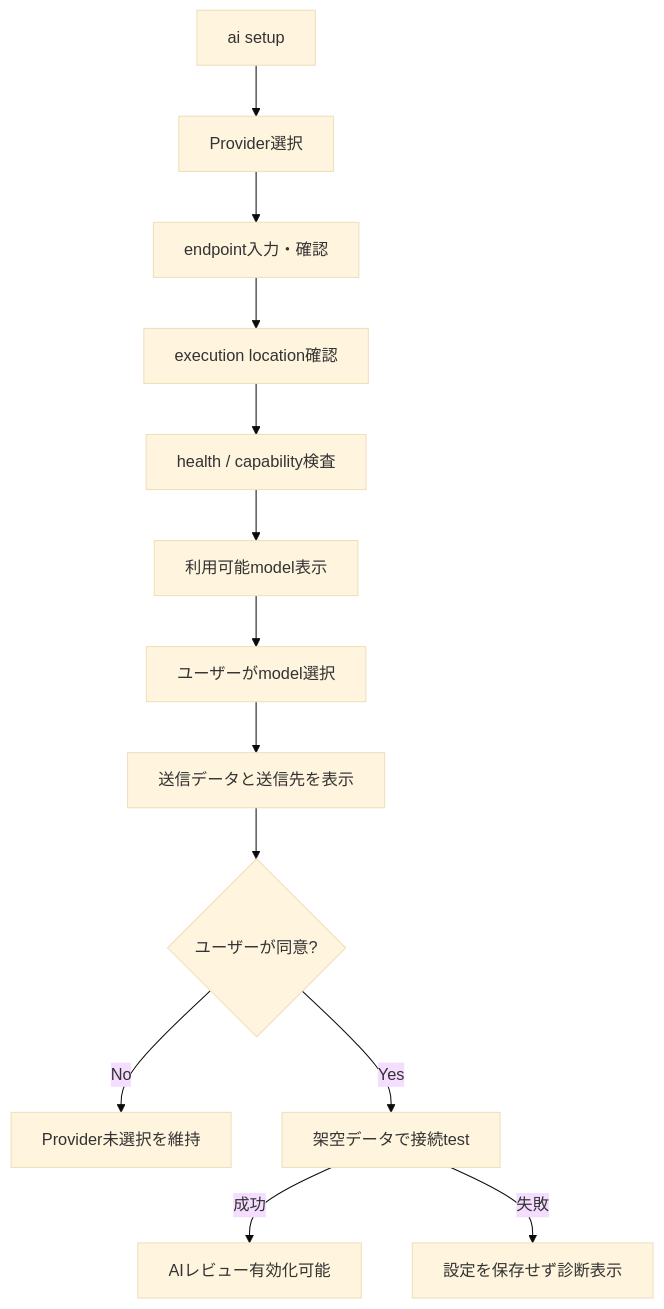
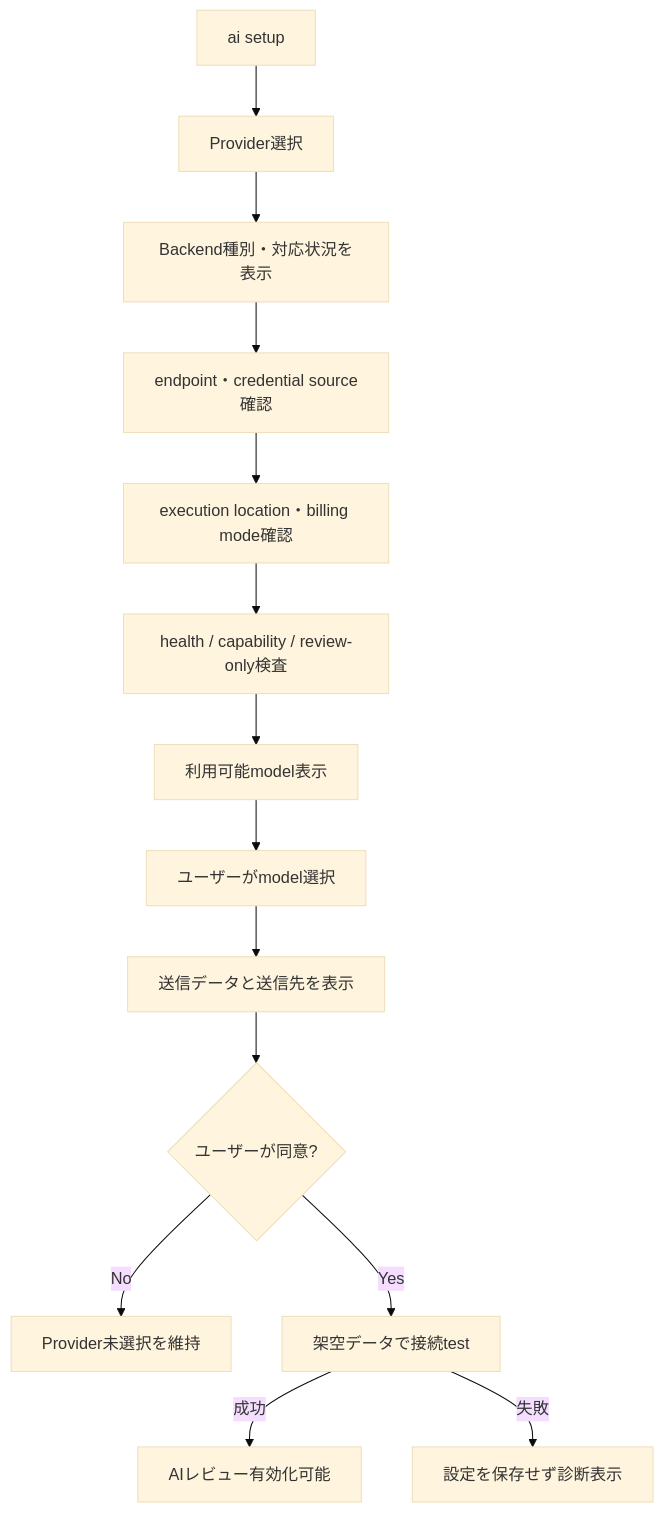
One commit to mgmaru/algo-loom changed the fourth of 6 diagrams in design/llm-provider-design.md. Above: the diagram before and after it, drawn with Mermaid (base theme). The commit also changed other lines of this file, not shown here.

Commit message:
docs: Review Backendの設計方針を追加

````diff
--- a/design/llm-provider-design.md
+++ b/design/llm-provider-design.md
@@ -443,15 +598,16 @@
 ```mermaid
 flowchart TD
     A[ai setup] --> B[Provider選択]
-    B --> C[endpoint入力・確認]
-    C --> D[execution location確認]
-    D --> E[health / capability検査]
-    E --> F[利用可能model表示]
-    F --> G[ユーザーがmodel選択]
-    G --> H[送信データと送信先を表示]
-    H --> I{ユーザーが同意?}
+    B --> C[Backend種別・対応状況を表示]
+    C --> D[endpoint・credential source確認]
+    D --> E[execution location・billing mode確認]
+    E --> F[health / capability / review-only検査]
+    F --> G[利用可能model表示]
+    G --> H[ユーザーがmodel選択]
+    H --> H2[送信データと送信先を表示]
+    H2 --> I{ユーザーが同意?}
     I -->|No| J[Provider未選択を維持]
     I -->|Yes| K[架空データで接続test]
     K -->|成功| L[AIレビュー有効化可能]
     K -->|失敗| M[設定を保存せず診断表示]
 ```
````
